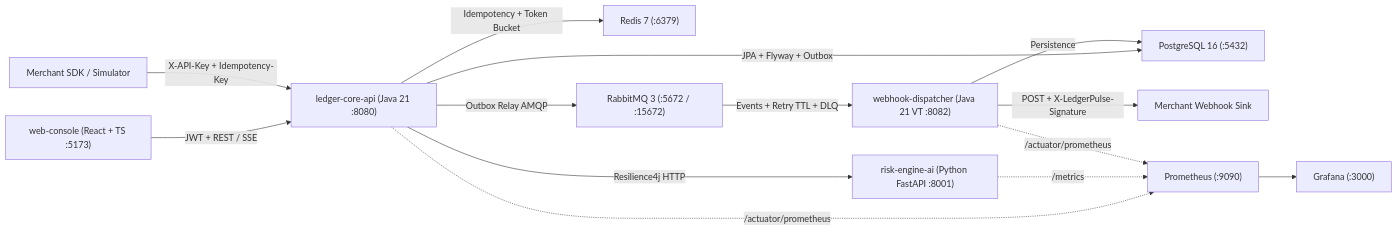
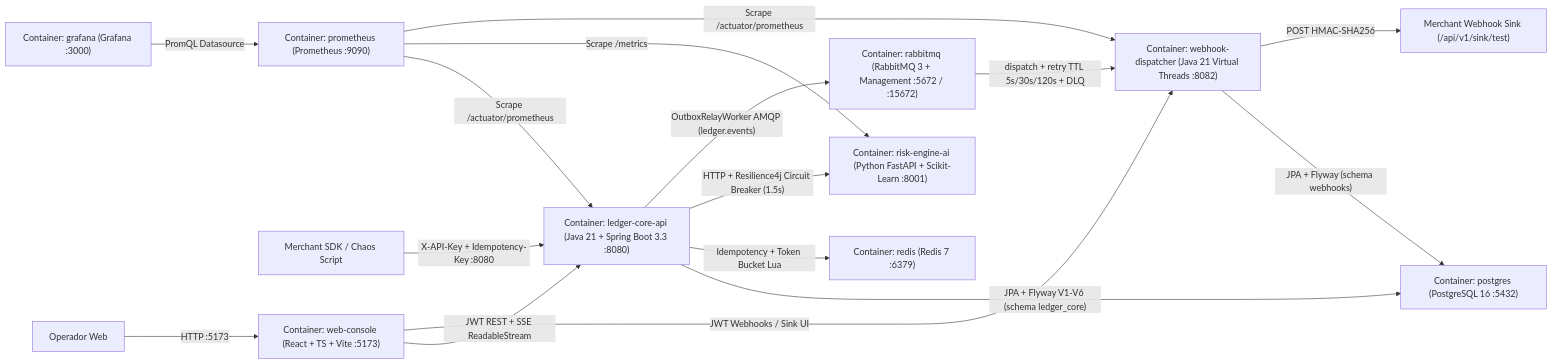
One commit to AlissonPazLopes/ledgerpulse-platform changed the second of 5 diagrams in docs/architecture/00-visao-arquitetural.md. Above: the diagram before and after it, drawn with Mermaid. The commit also changed other lines of this file and 1 other file, not shown here.

Commit message:
docs(architecture): finalize C4 diagrams, custom metrics catalog and troubleshooting guide

````diff
--- a/docs/architecture/00-visao-arquitetural.md
+++ b/docs/architecture/00-visao-arquitetural.md
@@ -28,19 +42,21 @@
 ```mermaid
 flowchart LR
-    WEB["web-console (React + TS :5173)"] -->|"JWT + REST / SSE"| CORE["ledger-core-api (Java 21 :8080)"]
-    MERCHANT["Merchant SDK / Simulator"] -->|"X-API-Key + Idempotency-Key"| CORE
+    OP["Operador Web"] -->|"HTTP :5173"| WEB["Container: web-console (React + TS + Vite :5173)"]
+    MER["Merchant SDK / Chaos Script"] -->|"X-API-Key + Idempotency-Key :8080"| CORE["Container: ledger-core-api (Java 21 + Spring Boot 3.3 :8080)"]
+    WEB -->|"JWT REST + SSE ReadableStream"| CORE
+    WEB -->|"JWT Webhooks / Sink UI"| HOOK["Container: webhook-dispatcher (Java 21 Virtual Threads :8082)"]
 
-    CORE -->|"JPA + Flyway + Outbox"| PG["PostgreSQL 16 (:5432)"]
-    CORE -->|"Idempotency + Token Bucket"| REDIS["Redis 7 (:6379)"]
-    CORE -->|"Resilience4j HTTP"| RISK["risk-engine-ai (Python FastAPI :8001)"]
+    CORE -->|"JPA + Flyway V1-V6 (schema ledger_core)"| PG["Container: postgres (PostgreSQL 16 :5432)"]
+    CORE -->|"Idempotency + Token Bucket Lua"| REDIS["Container: redis (Redis 7 :6379)"]
+    CORE -->|"HTTP + Resilience4j Circuit Breaker (1.5s)"| RISK["Container: risk-engine-ai (Python FastAPI + Scikit-Learn :8001)"]
+    CORE -->|"OutboxRelayWorker AMQP (ledger.events)"| RMQ["Container: rabbitmq (RabbitMQ 3 + Management :5672 / :15672)"]
 
-    CORE -->|"Outbox Relay AMQP"| RMQ["RabbitMQ 3 (:5672 / :15672)"]
-    RMQ -->|"Events + Retry TTL + DLQ"| HOOK["webhook-dispatcher (Java 21 VT :8082)"]
-    HOOK -->|"Persistence"| PG
-    HOOK -->|"POST + X-LedgerPulse-Signature"| SINK["Merchant Webhook Sink"]
+    RMQ -->|"dispatch + retry TTL 5s/30s/120s + DLQ"| HOOK
+    HOOK -->|"JPA + Flyway (schema webhooks)"| PG
+    HOOK -->|"POST HMAC-SHA256"| SINK["Merchant Webhook Sink (/api/v1/sink/test)"]
 
-    CORE -.->|"/actuator/prometheus"| PROM["Prometheus (:9090)"]
-    RISK -.->|"/metrics"| PROM
-    HOOK -.->|"/actuator/prometheus"| PROM
-    PROM --> GRAF["Grafana (:3000)"]
+    PROM["Container: prometheus (Prometheus :9090)"] -->|"Scrape /actuator/prometheus"| CORE
+    PROM -->|"Scrape /metrics"| RISK
+    PROM -->|"Scrape /actuator/prometheus"| HOOK
+    GRAF["Container: grafana (Grafana :3000)"] -->|"PromQL Datasource"| PROM
 ```
````
